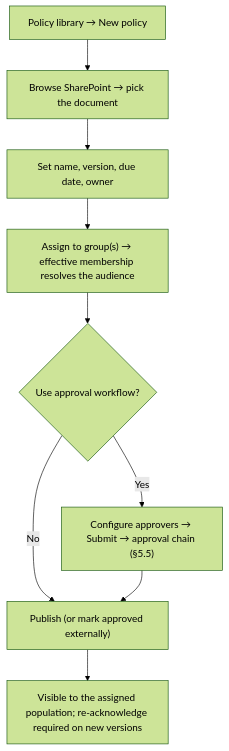
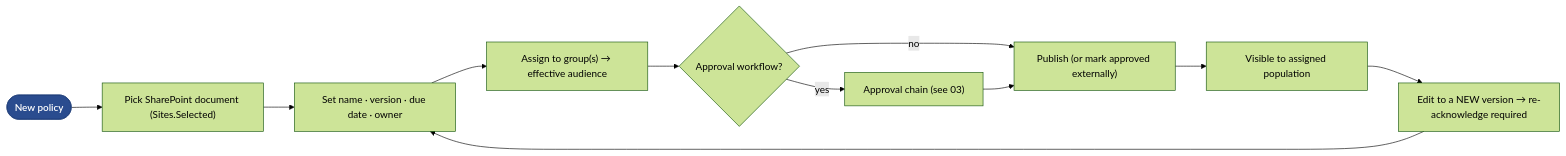
One commit to nicpozent/GovernancePortal_Latest changed the third of 31 diagrams in docs/FUNCTIONAL-FLOWS.md. Above: the diagram before and after it, drawn with Mermaid (forest theme). The commit also changed other lines of this file and 6 other files, not shown here.

First line of the commit message:
docs: rebuild Functional Flows & SoW to the flow-package template

````diff
--- a/docs/FUNCTIONAL-FLOWS.md
+++ b/docs/FUNCTIONAL-FLOWS.md
@@ -119,11 +135,14 @@
 ```mermaid
-flowchart TD
-  P0["Policy library → New policy"] --> P1["Browse SharePoint → pick the document"]
-  P1 --> P2["Set name, version, due date, owner"]
-  P2 --> P3["Assign to group(s) → effective membership resolves the audience"]
-  P3 --> P4{"Use approval workflow?"}
-  P4 -->|No| P6["Publish (or mark approved externally)"]
-  P4 -->|Yes| P5["Configure approvers → Submit → approval chain (§5.5)"]
-  P5 --> P6
-  P6 --> P7["Visible to the assigned population; re-acknowledge required on new versions"]
+graph LR
+  N(["New policy"]):::start --> SRC["Pick SharePoint document (Sites.Selected)"]
+  SRC --> META["Set name · version · due date · owner"]
+  META --> ASG["Assign to group(s) → effective audience"]
+  ASG --> WF{"Approval workflow?"}
+  WF -- no --> PUB["Publish (or mark approved externally)"]
+  WF -- yes --> APR["Approval chain (see 03)"]
+  APR --> PUB
+  PUB --> VIS["Visible to assigned population"]
+  VIS --> NV["Edit to a NEW version → re-acknowledge required"]
+  NV --> META
+  classDef start fill:#2a4c8f,stroke:#22407a,color:#ffffff,font-weight:600;
 ```
````
